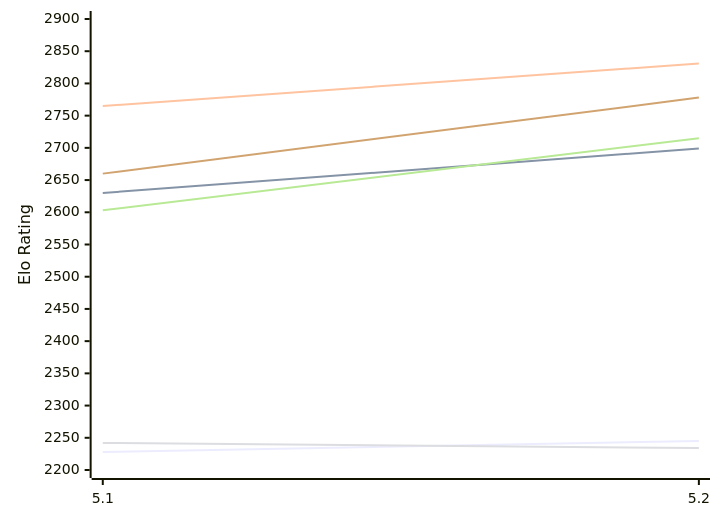
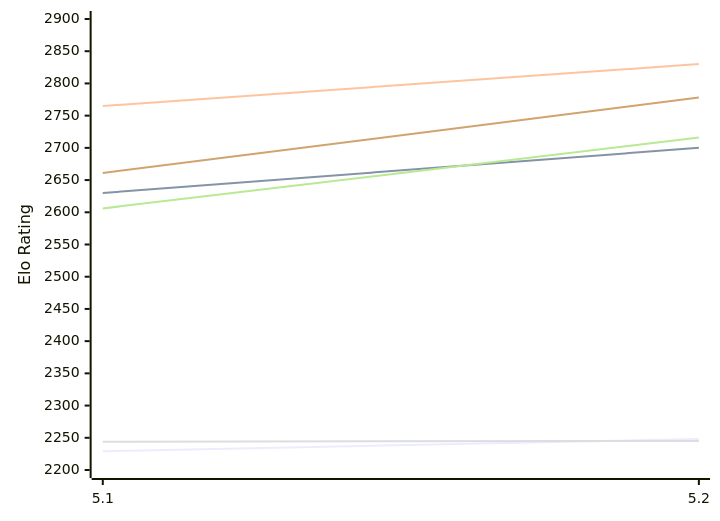
Before and after one commit to computer-chess-index/cci: the first of 2 diagrams in engines/Dorky.md, drawn with Mermaid. The commit also changed other lines of this file, not shown here.

Commit message:
Update CCI Ratings (ELO VLTC) - 2026-11-19

````diff
--- a/engines/Dorky.md
+++ b/engines/Dorky.md
@@ -50,12 +50,12 @@
 ```mermaid
 %%{init: {"theme":"base","themeVariables":{"seriesColors:['#a3a3a3','#222221','#faa371']}}}%%
 xychart-beta
   x-axis ["5.1", "5.2"]
   y-axis "Elo Rating" 2200 --> 2900
-  line "E1: STC (8.0+0.08s)" [2228, 2245]
-  line "E1: LTC (60.0+0.60s)" [2630, 2699]
-  line "E1: VLTC (2m24s+1.12s)" [2765, 2831]
-  line "P1: STC (8.0+0.08s)" [2242, 2234]
-  line "P1: LTC (60.0+0.60s)" [2603, 2715]
-  line "P1: VLTC (2m24s+1.12s)" [2660, 2778]
+  line "E1: STC (8.0+0.08s)" [2229, 2248]
+  line "E1: LTC (60.0+0.60s)" [2630, 2700]
+  line "E1: VLTC (2m24s+1.12s)" [2765, 2830]
+  line "P1: STC (8.0+0.08s)" [2244, 2245]
+  line "P1: LTC (60.0+0.60s)" [2606, 2716]
+  line "P1: VLTC (2m24s+1.12s)" [2661, 2778]
 ```
````
